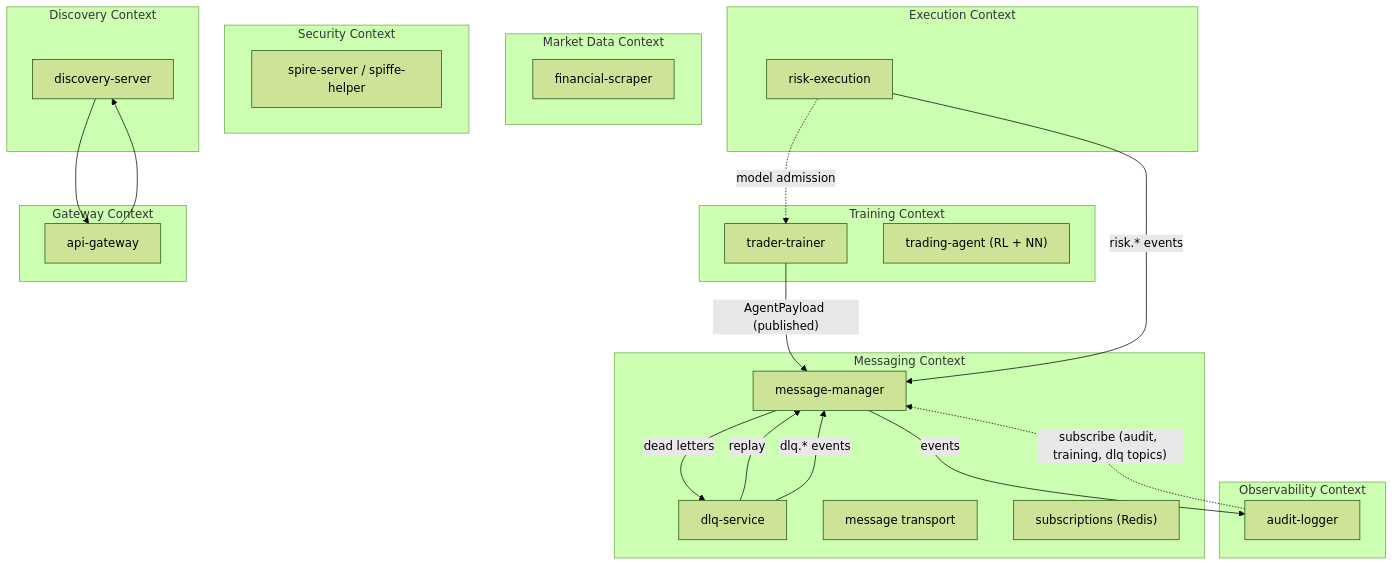
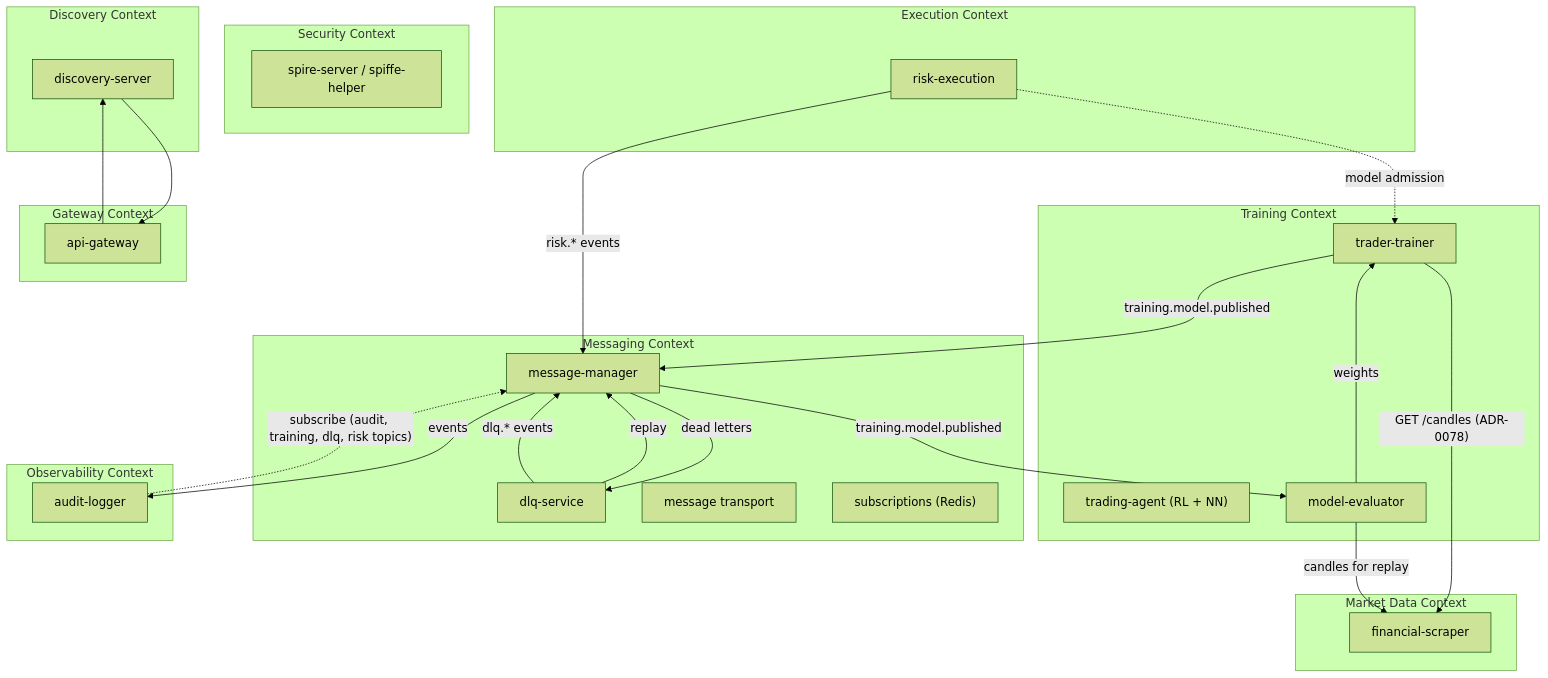
One commit to docteur-turboss/trading-model changed the diagram in docs/architecture/bounded-contexts.md. Above: the diagram before and after it, drawn with Mermaid (forest theme). The commit also changed other lines of this file and 1 other file, not shown here.

Commit message:
:memo:(docs): aligner les diagrammes de system-overview et bounded-contexts sur le flux réel (lecture des bougies, training.model.published, model-evaluator, topics risk)

````diff
--- a/docs/architecture/bounded-contexts.md
+++ b/docs/architecture/bounded-contexts.md
@@ -7,42 +7,47 @@
 ```mermaid
 graph TD
     subgraph "Market Data Context"
         FS["financial-scraper"]
     end
     subgraph "Training Context"
         TT["trader-trainer"]
         TS["trading-agent (RL + NN)"]
+        ME["model-evaluator"]
     end
     subgraph "Messaging Context"
         MM["message-manager"]
         DLQ["dlq-service"]
         MT["message transport"]
         SUB["subscriptions (Redis)"]
     end
     subgraph "Security Context"
         SP["spire-server / spiffe-helper"]
     end
     subgraph "Discovery Context"
         DS["discovery-server"]
     end
     subgraph "Observability Context"
         AL["audit-logger"]
     end
     subgraph "Gateway Context"
         GW["api-gateway"]
     end
     subgraph "Execution Context"
         RE["risk-execution"]
     end
 
-    TT -->|"AgentPayload (published)"| MM
+    TT -->|"training.model.published"| MM
+    TT -->|"GET /candles (ADR-0078)"| FS
+    MM -->|"training.model.published"| ME
+    ME -->|"weights"| TT
+    ME -->|"candles for replay"| FS
     MM -->|"events"| AL
-    AL -.->|"subscribe (audit, training, dlq topics)"| MM
+    AL -.->|"subscribe (audit, training, dlq, risk topics)"| MM
     MM -->|"dead letters"| DLQ
     DLQ -->|"replay"| MM
     DLQ -->|"dlq.* events"| MM
     DS --> GW
     RE -->|"risk.* events"| MM
     RE -.->|"model admission"| TT
     GW --> DS
 ```
````
